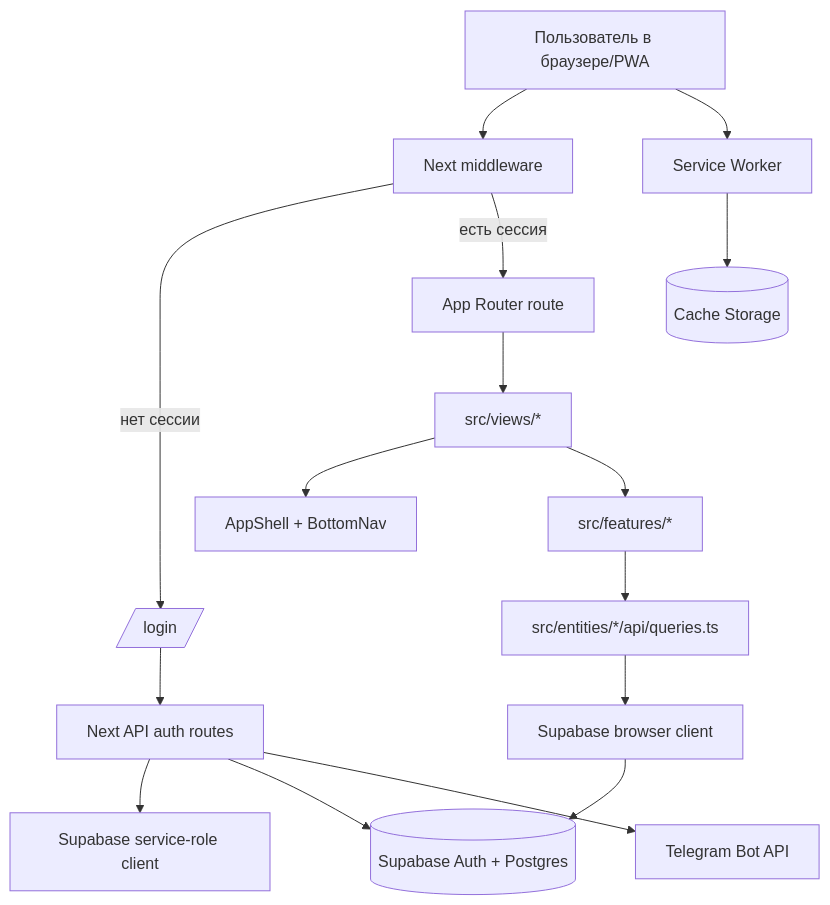
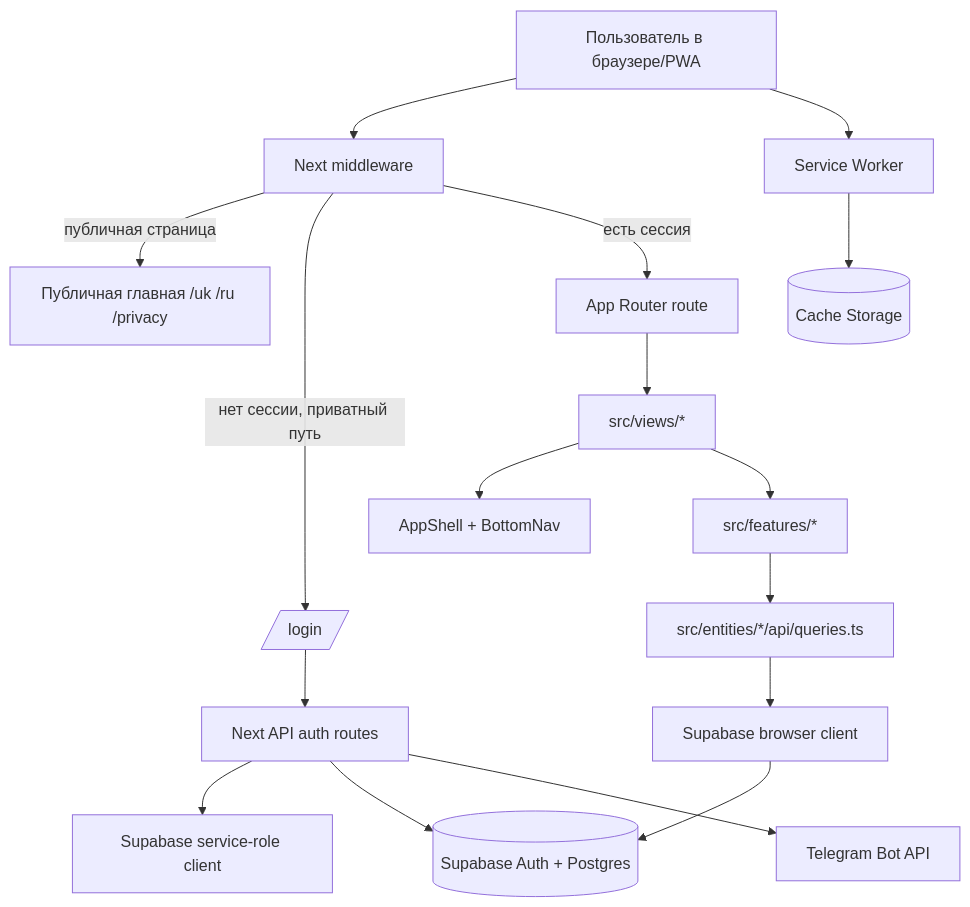
One commit to deepstructured/deep-gym changed the first of 6 diagrams in docs/APP_SCHEMA_RU.md. Above: the diagram before and after it, drawn with Mermaid. The commit also changed other lines of this file and 137 other files, not shown here.

````diff
--- a/docs/APP_SCHEMA_RU.md
+++ b/docs/APP_SCHEMA_RU.md
@@ -89,20 +100,21 @@
 ```mermaid
 flowchart TD
   User[Пользователь в браузере/PWA] --> MW[Next middleware]
-  MW -->|нет сессии| Login[/login/]
+  MW -->|публичная страница| Public[Публичная главная /uk /ru /privacy]
+  MW -->|нет сессии, приватный путь| Login[/login/]
   MW -->|есть сессия| Route[App Router route]
   Route --> View[src/views/*]
   View --> Shell[AppShell + BottomNav]
   View --> Feature[src/features/*]
   Feature --> EntityHooks[src/entities/*/api/queries.ts]
   EntityHooks --> ClientSupabase[Supabase browser client]
   ClientSupabase --> Supabase[(Supabase Auth + Postgres)]
 
   Login --> AuthApi[Next API auth routes]
   AuthApi --> AdminSupabase[Supabase service-role client]
   AuthApi --> Supabase
   AuthApi --> Telegram[Telegram Bot API]
 
   User --> SW[Service Worker]
   SW --> Cache[(Cache Storage)]
 ```
````
